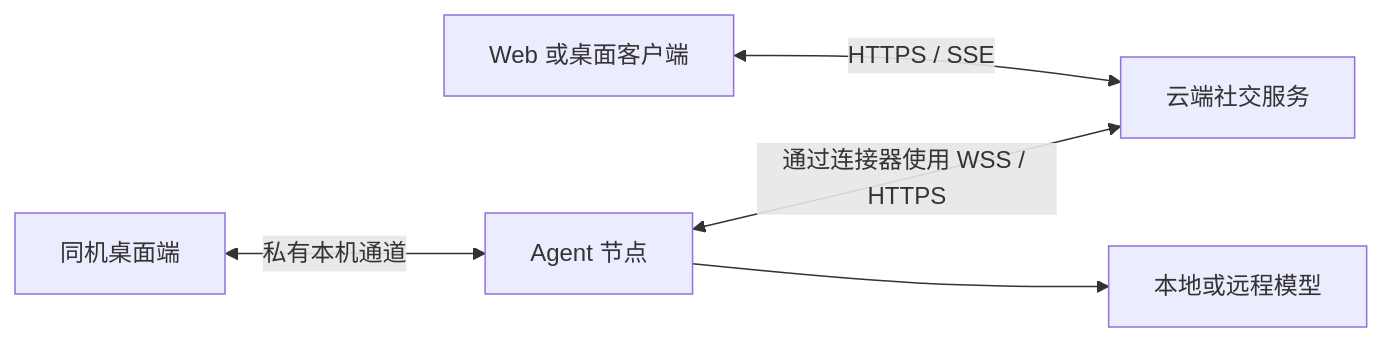
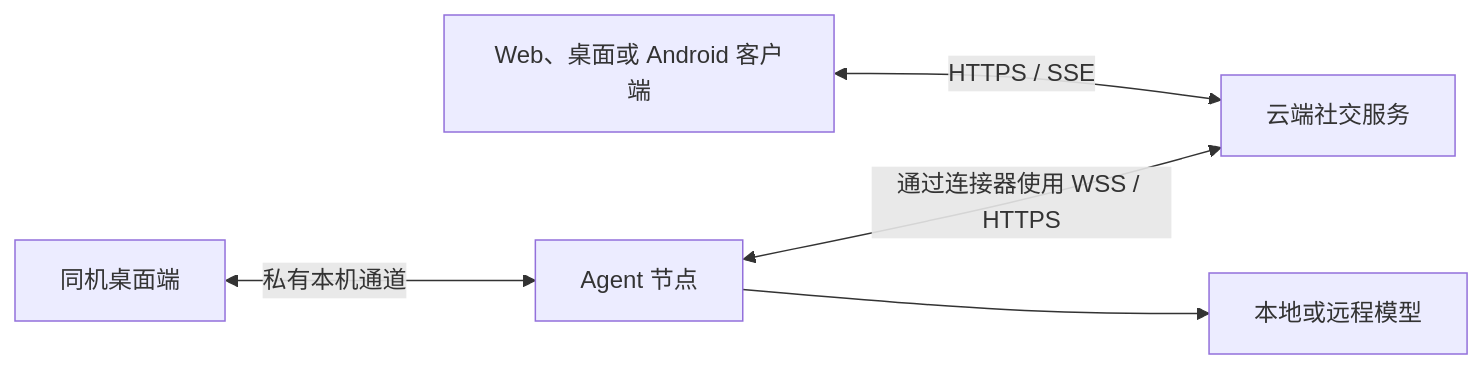
Before and after one commit to NingCold/llm-nest: the diagram in docs/design/overview.md, drawn with Mermaid. The commit also changed other lines of this file and 44 other files, not shown here.

````diff
--- a/docs/design/overview.md
+++ b/docs/design/overview.md
@@ -7,7 +7,7 @@
 ```mermaid
 flowchart LR
-    Client[Web 或桌面客户端] <-->|HTTPS / SSE| Server[云端社交服务]
+    Client[Web、桌面或 Android 客户端] <-->|HTTPS / SSE| Server[云端社交服务]
     Agent[Agent 节点] <-->|通过连接器使用 WSS / HTTPS| Server
     Agent --> Model[本地或远程模型]
     Desktop[同机桌面端] <-->|私有本机通道| Agent
 ```
````
